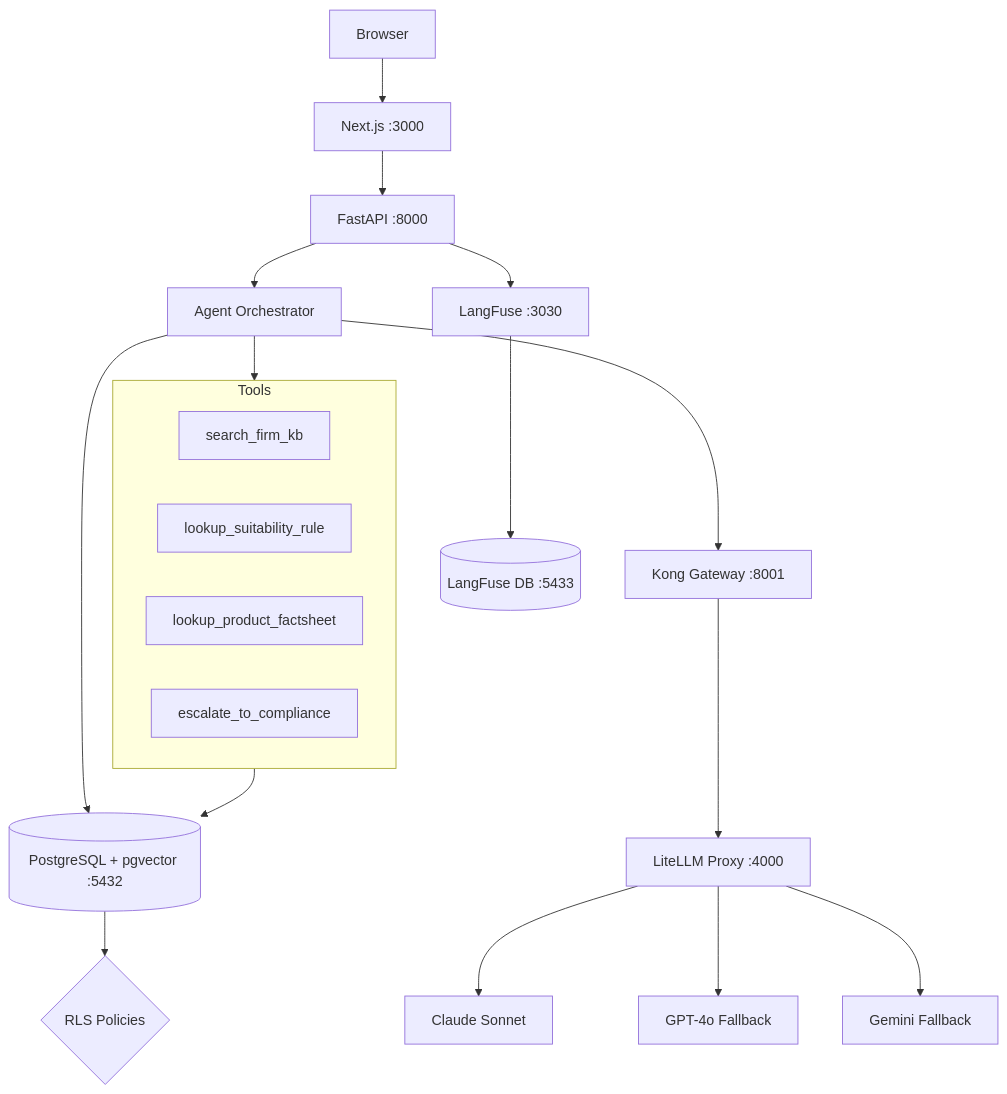
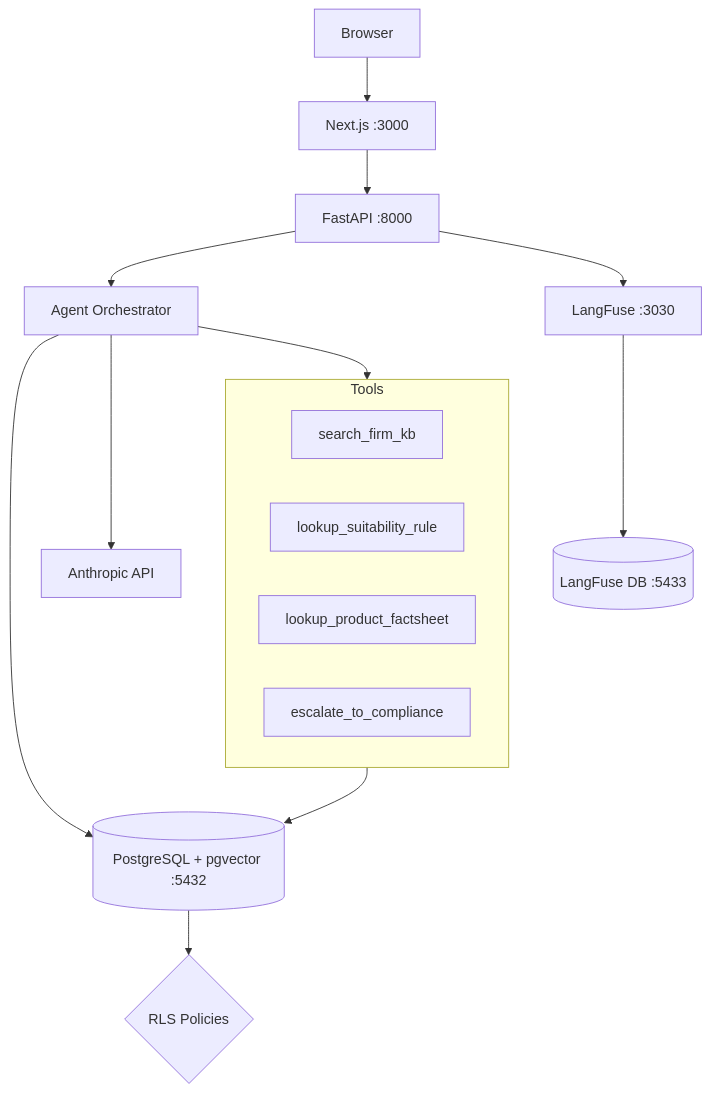
Before and after one commit to Keshav0375/FinAdvisor: the diagram in README.md, drawn with Mermaid. The commit also changed other lines of this file and 19 other files, not shown here.

First line of the commit message:
E0-T6: remove LiteLLM and Kong wiring, call Anthropic directly

````diff
--- a/README.md
+++ b/README.md
@@ -9,25 +9,21 @@
 ```mermaid
 graph TB
     User[Browser] --> Frontend[Next.js :3000]
     Frontend --> Backend[FastAPI :8000]
     Backend --> Agent[Agent Orchestrator]
     Agent --> PGVector[(PostgreSQL + pgvector :5432)]
-    Agent --> Kong[Kong Gateway :8001]
-    Kong --> LiteLLM[LiteLLM Proxy :4000]
-    LiteLLM --> Claude[Claude Sonnet]
-    LiteLLM --> GPT4o[GPT-4o Fallback]
-    LiteLLM --> Gemini[Gemini Fallback]
+    Agent --> Claude[Anthropic API]
     Backend --> LangFuse[LangFuse :3030]
     LangFuse --> LangFuseDB[(LangFuse DB :5433)]
     PGVector --> RLS{RLS Policies}
 
     subgraph Tools
         SearchKB[search_firm_kb]
         LookupSuit[lookup_suitability_rule]
         LookupFact[lookup_product_factsheet]
         Escalate[escalate_to_compliance]
     end
 
     Agent --> Tools
     Tools --> PGVector
 ```
````
